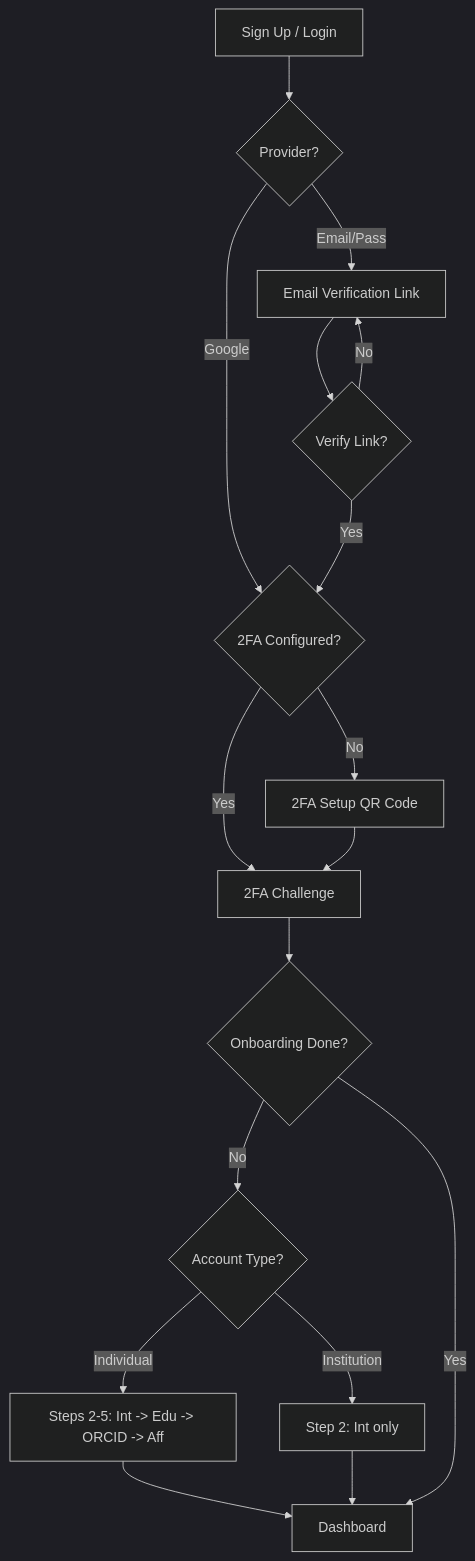
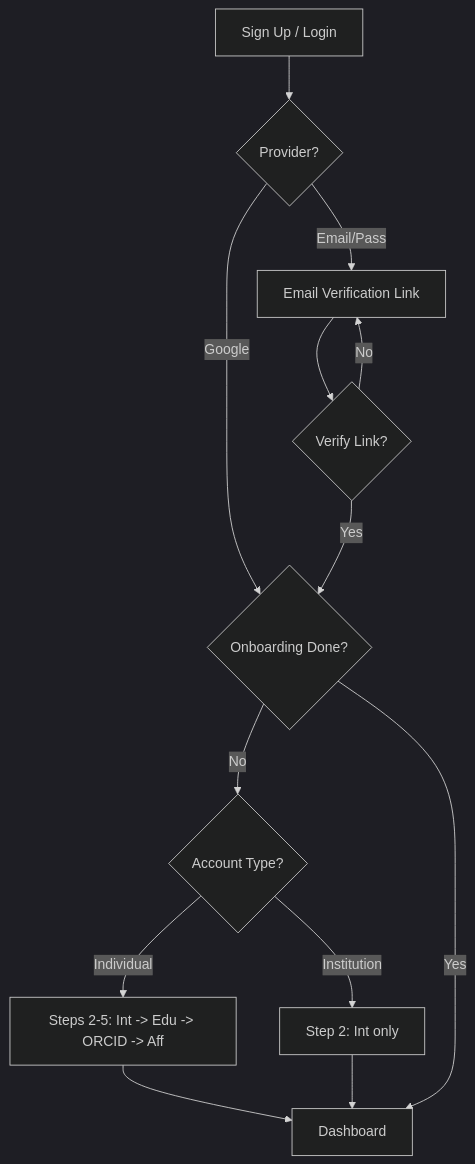
Before and after one commit to akvo/science-for-africa: the diagram in docs/AUTHENTICATION_ONBOARDING.md, drawn with Mermaid (dark theme). The commit also changed other lines of this file and 16 other files, not shown here.

````diff
--- a/docs/AUTHENTICATION_ONBOARDING.md
+++ b/docs/AUTHENTICATION_ONBOARDING.md
@@ -42,19 +41,15 @@
 ```mermaid
 graph TD
     A[Sign Up / Login] --> B{Provider?}
     B -->|Email/Pass| C[Email Verification Link]
-    B -->|Google| E{2FA Configured?}
+    B -->|Google| H{Onboarding Done?}
     C --> D{Verify Link?}
-    D -->|Yes| E
+    D -->|Yes| H
     D -->|No| C
-    E -->|No| F[2FA Setup QR Code]
-    E -->|Yes| G[2FA Challenge]
-    F --> G
-    G --> H{Onboarding Done?}
     H -->|No| I{Account Type?}
     I -->|Individual| K[Steps 2-5: Int -> Edu -> ORCID -> Aff]
     I -->|Institution| L[Step 2: Int only]
     K --> J[Dashboard]
     L --> J
     H -->|Yes| J
 ```
````
